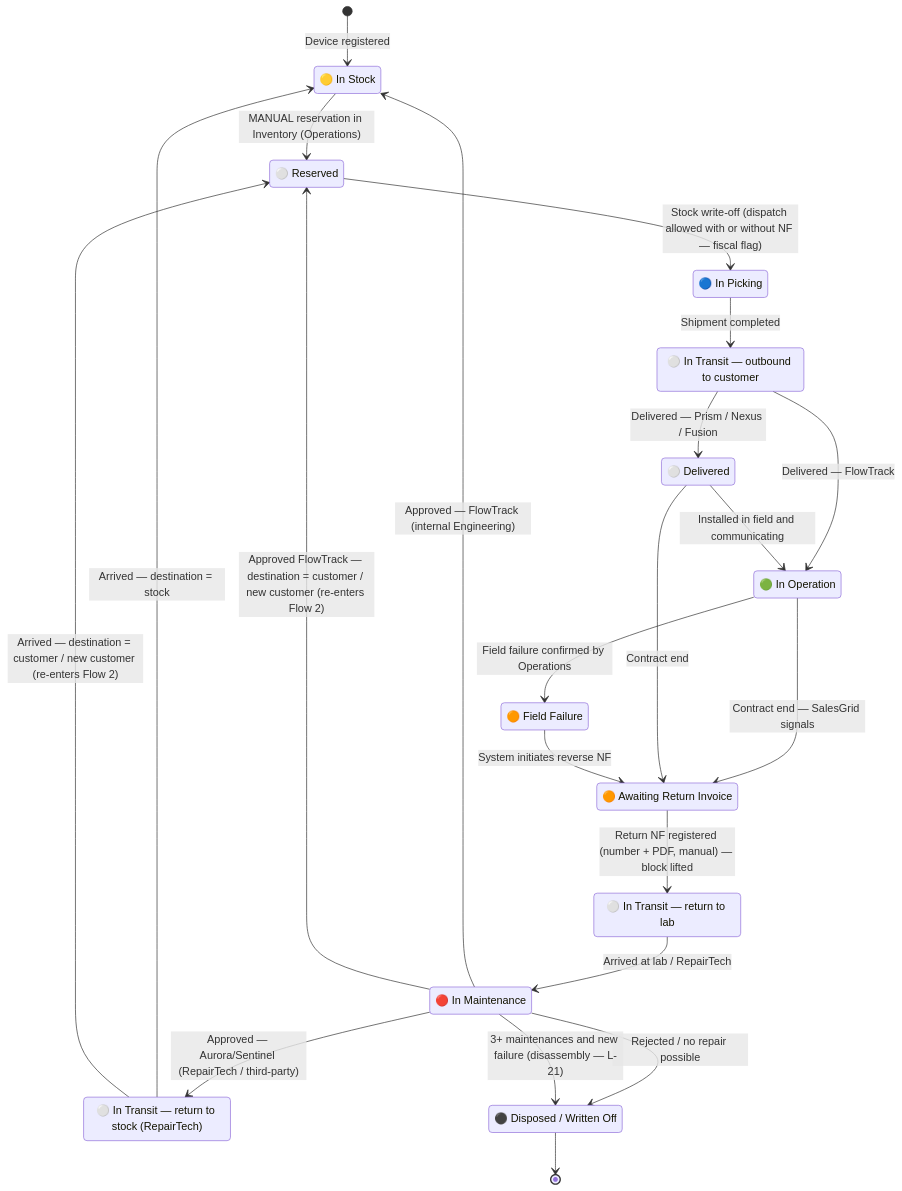
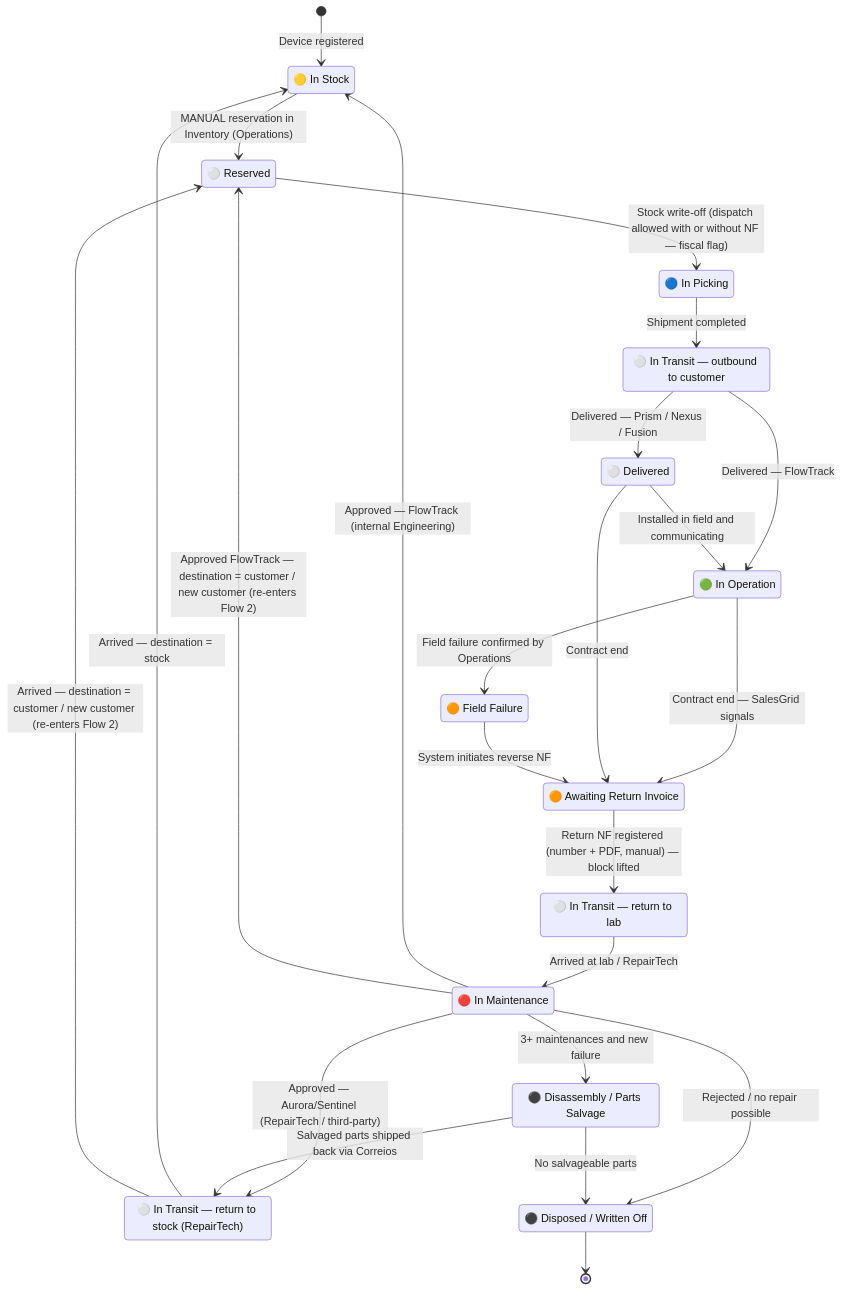
The diagram in docs/flows/device-states.md (AmandaJacobino/gestao-de-ativos), drawn with Mermaid before and after one commit. The commit also changed other lines of this file and 2 other files, not shown here.

First line of the commit message:
docs(flows): close open gaps L-16, L-19, L-20, L-21

````diff
--- a/docs/flows/device-states.md
+++ b/docs/flows/device-states.md
@@ -39,44 +40,47 @@
 ```mermaid
 stateDiagram-v2
     state "🟡 In Stock" as InStock
     state "⚪ Reserved" as Reserved
     state "🔵 In Picking" as InPicking
     state "⚪ In Transit — outbound to customer" as TransitOut
     state "⚪ Delivered" as Delivered
     state "🟢 In Operation" as InOperation
     state "🟠 Field Failure" as FieldFailure
     state "🟠 Awaiting Return Invoice" as AwaitingNF
     state "⚪ In Transit — return to lab" as TransitReturn
     state "🔴 In Maintenance" as InMaintenance
     state "⚪ In Transit — return to stock (RepairTech)" as TransitStock
+    state "⚫ Disassembly / Parts Salvage" as Disassembly
     state "⚫ Disposed / Written Off" as Disposed
 
     [*] --> InStock : Device registered
 
     InStock --> Reserved : MANUAL reservation in Inventory (Operations)
     Reserved --> InPicking : Stock write-off (dispatch allowed with or without NF — fiscal flag)
     InPicking --> TransitOut : Shipment completed
 
     TransitOut --> InOperation : Delivered — FlowTrack
     TransitOut --> Delivered : Delivered — Prism / Nexus / Fusion
     Delivered --> InOperation : Installed in field and communicating
 
     InOperation --> AwaitingNF : Contract end — SalesGrid signals
     InOperation --> FieldFailure : Field failure confirmed by Operations
     Delivered --> AwaitingNF : Contract end
 
     FieldFailure --> AwaitingNF : System initiates reverse NF
 
     AwaitingNF --> TransitReturn : Return NF registered (number + PDF, manual) — block lifted
     TransitReturn --> InMaintenance : Arrived at lab / RepairTech
 
     InMaintenance --> TransitStock : Approved — Aurora/Sentinel (RepairTech / third-party)
     InMaintenance --> InStock : Approved — FlowTrack (internal Engineering)
     TransitStock --> InStock : Arrived — destination = stock
     TransitStock --> Reserved : Arrived — destination = customer / new customer (re-enters Flow 2)
     InMaintenance --> Reserved : Approved FlowTrack — destination = customer / new customer (re-enters Flow 2)
 
     InMaintenance --> Disposed : Rejected / no repair possible
-    InMaintenance --> Disposed : 3+ maintenances and new failure (disassembly — L-21)
+    InMaintenance --> Disassembly : 3+ maintenances and new failure
+    Disassembly --> TransitStock : Salvaged parts shipped back via Correios
+    Disassembly --> Disposed : No salvageable parts
     Disposed --> [*]
 ```
````
